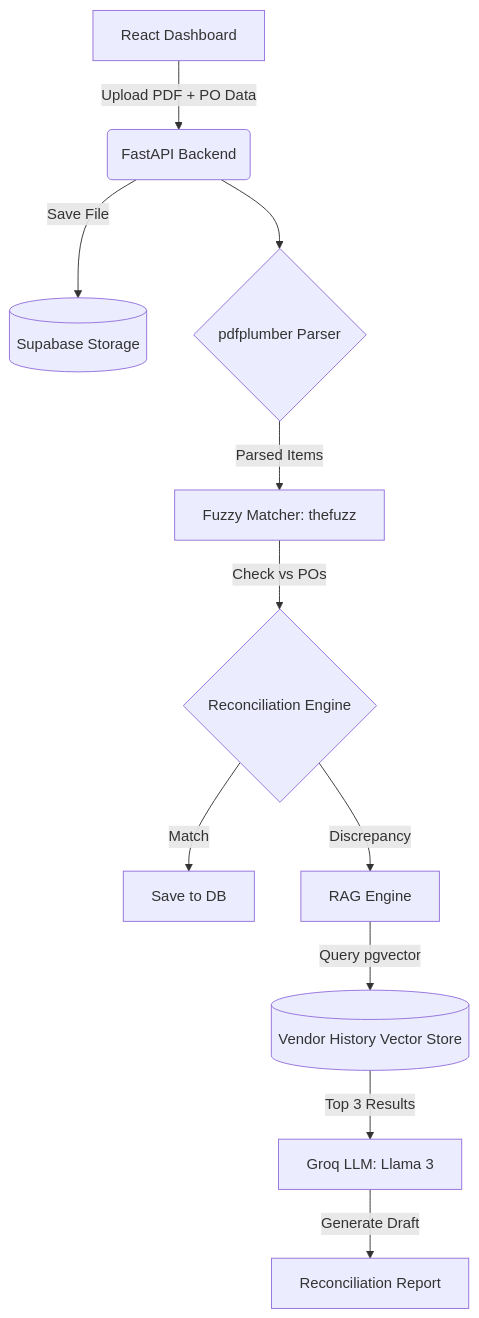
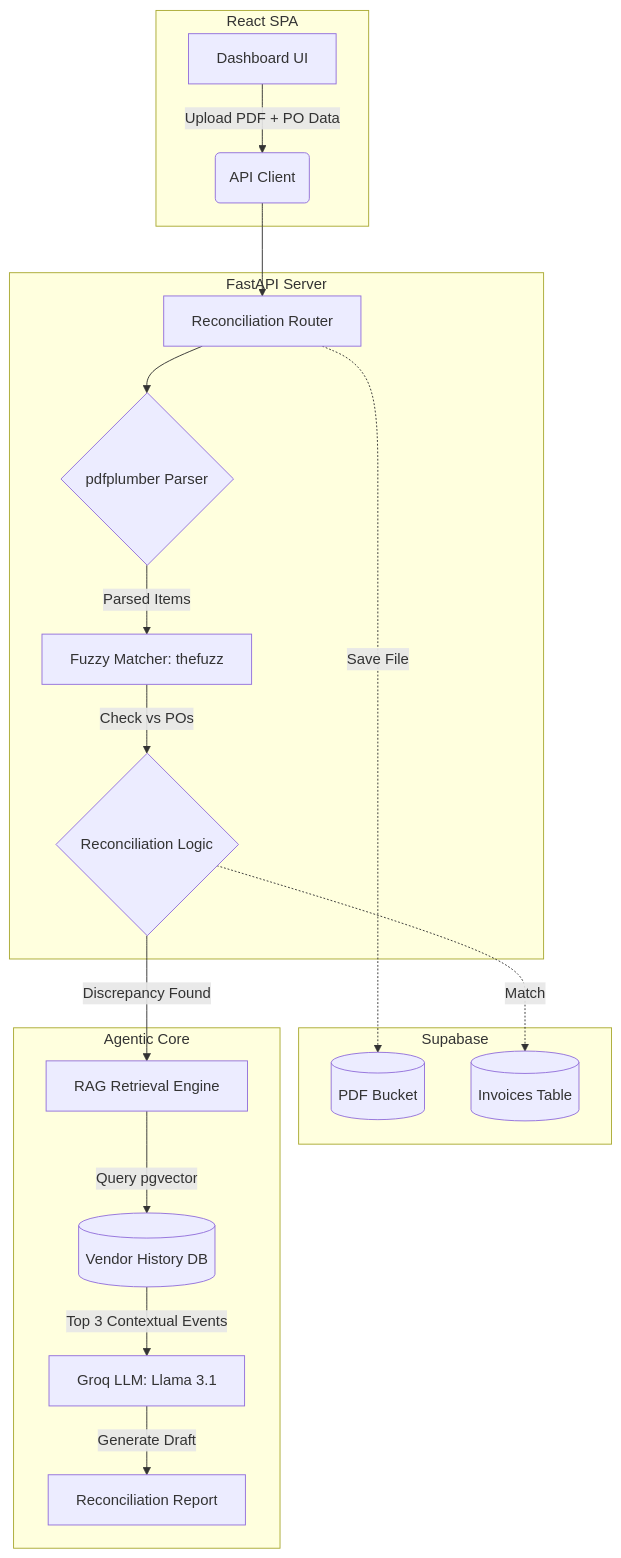
One commit to SamadhiyaAditya/RevFlow-AI changed the diagram in doc.md. Above: the diagram before and after it, drawn with Mermaid. The commit also changed other lines of this file and 4 other files, not shown here.

````diff
--- a/doc.md
+++ b/doc.md
@@ -34,16 +34,25 @@
 ```mermaid
 flowchart TD
-    A[React Dashboard] -->|Upload PDF + PO Data| B(FastAPI Backend)
-    B -->|Save File| C[(Supabase Storage)]
-    B --> D{pdfplumber Parser}
+    subgraph Frontend [React SPA]
+        A[Dashboard UI] -->|Upload PDF + PO Data| B(API Client)
+    end
     
-    D -->|Parsed Items| E[Fuzzy Matcher: thefuzz]
-    E -->|Check vs POs| F{Reconciliation Engine}
+    subgraph Backend [FastAPI Server]
+        B --> C[Reconciliation Router]
+        C --> D{pdfplumber Parser}
+        D -->|Parsed Items| E[Fuzzy Matcher: thefuzz]
+        E -->|Check vs POs| F{Reconciliation Logic}
+    end
     
-    F -->|Match| G[Save to DB]
-    F -->|Discrepancy| H[RAG Engine]
+    subgraph Storage [Supabase]
+        C -.->|Save File| G[(PDF Bucket)]
+        F -.->|Match| H[(Invoices Table)]
+    end
     
-    H -->|Query pgvector| I[(Vendor History Vector Store)]
-    I -->|Top 3 Results| J[Groq LLM: Llama 3]
-    J -->|Generate Draft| K[Reconciliation Report]
+    subgraph AI Pipeline [Agentic Core]
+        F -->|Discrepancy Found| I[RAG Retrieval Engine]
+        I -->|Query pgvector| J[(Vendor History DB)]
+        J -->|Top 3 Contextual Events| K[Groq LLM: Llama 3.1]
+        K -->|Generate Draft| L[Reconciliation Report]
+    end
 ```
````
